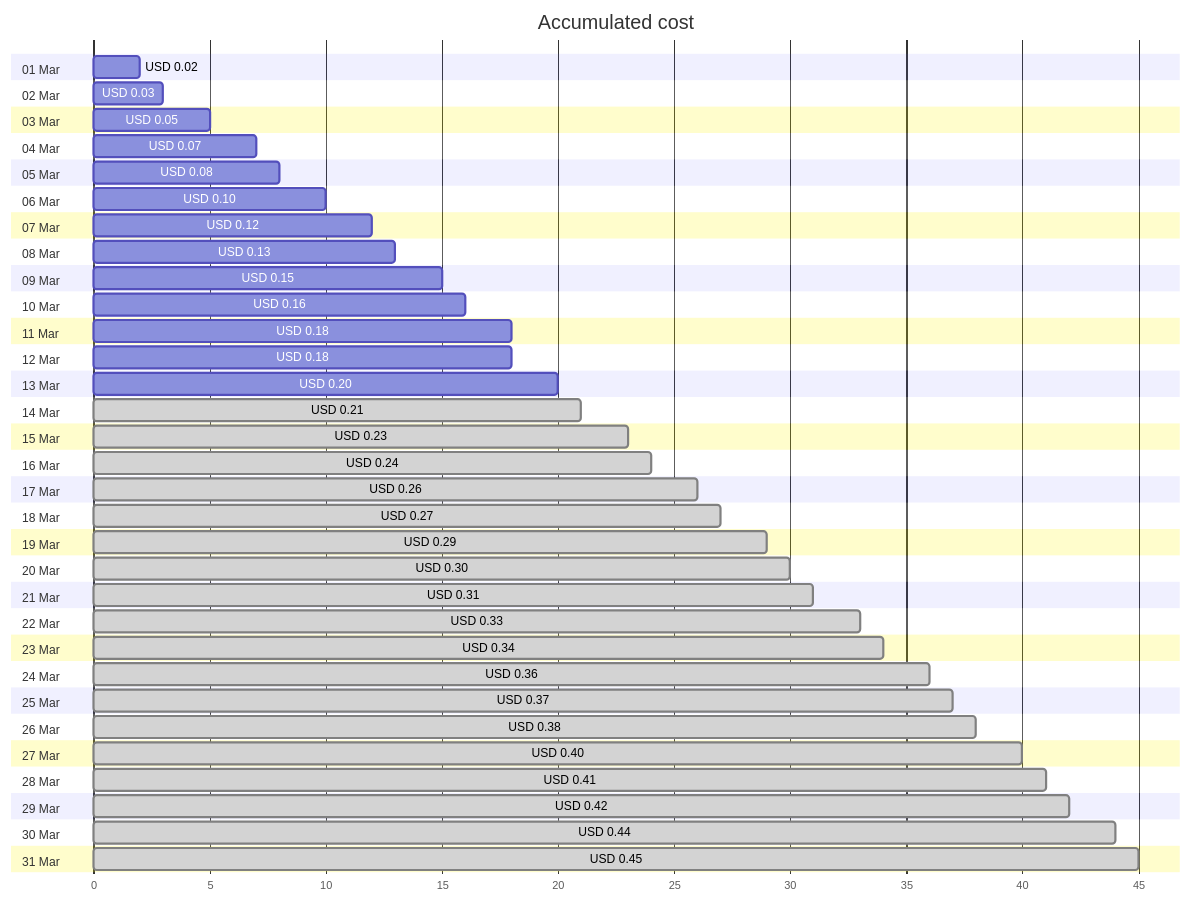
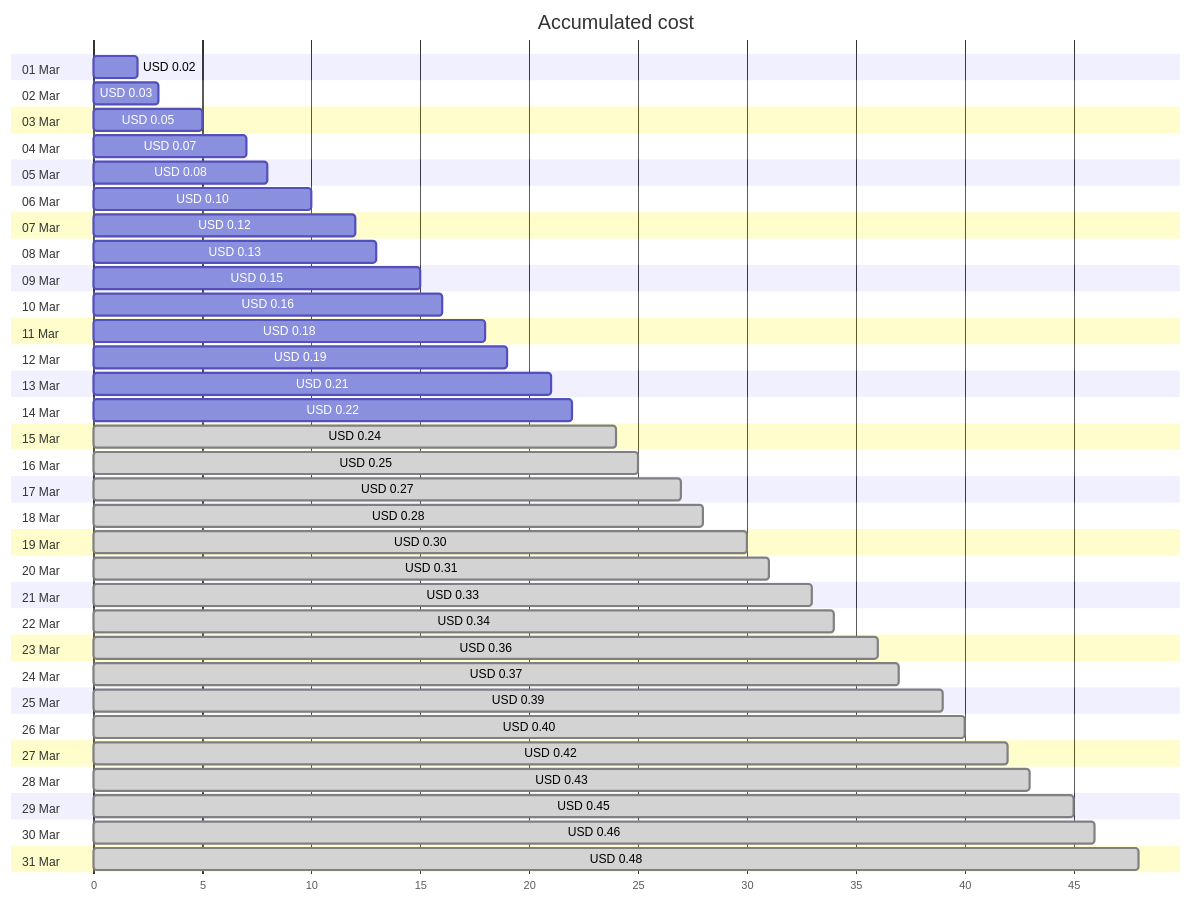
One commit to jpfulton/azure-personal-reports changed the first of 4 diagrams in cost-reports/personal-dns/jpatrickfulton.com.md. Above: the diagram before and after it, drawn with Mermaid. The commit also changed other lines of this file and 2 other files, not shown here.

````diff
--- a/cost-reports/personal-dns/jpatrickfulton.com.md
+++ b/cost-reports/personal-dns/jpatrickfulton.com.md
@@ -20,68 +20,68 @@
 ```mermaid
 gantt
    title Accumulated cost
    dateFormat  X
    axisFormat %s
    section 01 Mar
    USD 0.02 :0, 2
    section 02 Mar
    USD 0.03 :0, 3
    section 03 Mar
    USD 0.05 :0, 5
    section 04 Mar
    USD 0.07 :0, 7
    section 05 Mar
    USD 0.08 :0, 8
    section 06 Mar
    USD 0.10 :0, 10
    section 07 Mar
    USD 0.12 :0, 12
    section 08 Mar
    USD 0.13 :0, 13
    section 09 Mar
    USD 0.15 :0, 15
    section 10 Mar
    USD 0.16 :0, 16
    section 11 Mar
    USD 0.18 :0, 18
    section 12 Mar
-   USD 0.18 :0, 18
+   USD 0.19 :0, 19
    section 13 Mar
-   USD 0.20 :0, 20
+   USD 0.21 :0, 21
    section 14 Mar
-   USD 0.21 : done, 0, 21
+   USD 0.22 :0, 22
    section 15 Mar
-   USD 0.23 : done, 0, 23
+   USD 0.24 : done, 0, 24
    section 16 Mar
-   USD 0.24 : done, 0, 24
+   USD 0.25 : done, 0, 25
    section 17 Mar
-   USD 0.26 : done, 0, 26
+   USD 0.27 : done, 0, 27
    section 18 Mar
-   USD 0.27 : done, 0, 27
+   USD 0.28 : done, 0, 28
    section 19 Mar
-   USD 0.29 : done, 0, 29
+   USD 0.30 : done, 0, 30
    section 20 Mar
-   USD 0.30 : done, 0, 30
+   USD 0.31 : done, 0, 31
    section 21 Mar
-   USD 0.31 : done, 0, 31
+   USD 0.33 : done, 0, 33
    section 22 Mar
-   USD 0.33 : done, 0, 33
+   USD 0.34 : done, 0, 34
    section 23 Mar
-   USD 0.34 : done, 0, 34
+   USD 0.36 : done, 0, 36
    section 24 Mar
-   USD 0.36 : done, 0, 36
+   USD 0.37 : done, 0, 37
    section 25 Mar
-   USD 0.37 : done, 0, 37
+   USD 0.39 : done, 0, 39
    section 26 Mar
-   USD 0.38 : done, 0, 38
+   USD 0.40 : done, 0, 40
    section 27 Mar
-   USD 0.40 : done, 0, 40
+   USD 0.42 : done, 0, 42
    section 28 Mar
-   USD 0.41 : done, 0, 41
+   USD 0.43 : done, 0, 43
    section 29 Mar
-   USD 0.42 : done, 0, 42
+   USD 0.45 : done, 0, 45
    section 30 Mar
-   USD 0.44 : done, 0, 44
+   USD 0.46 : done, 0, 46
    section 31 Mar
-   USD 0.45 : done, 0, 45
+   USD 0.48 : done, 0, 48
 ```
````
